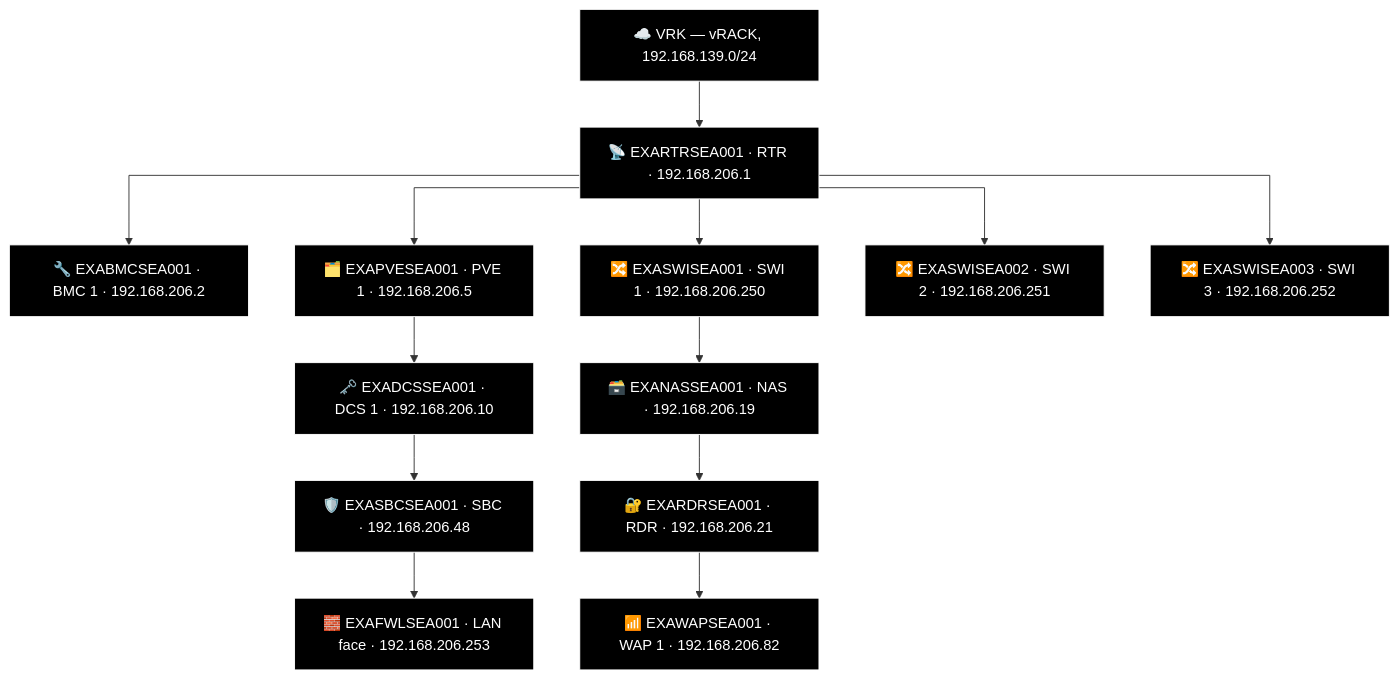
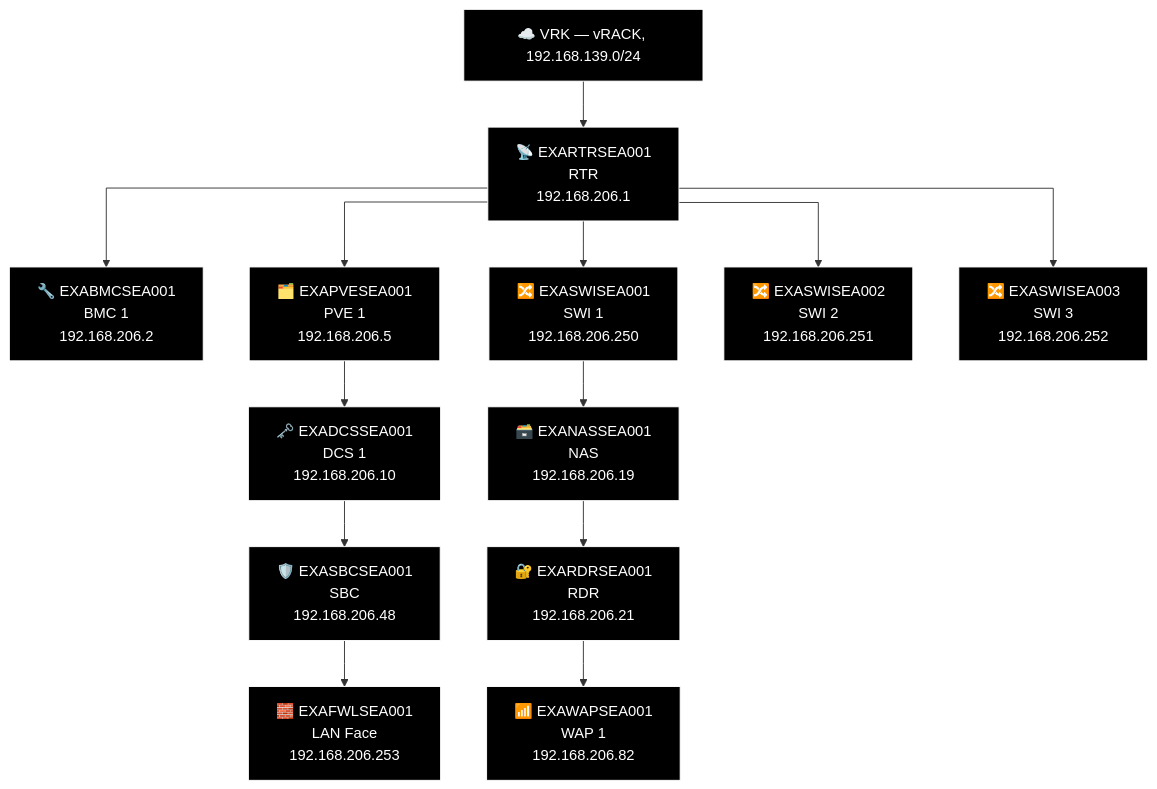
Diagram 14 of 16 in docs/network-diagram/united-states.md (knightmare2600/example_music_infra), drawn with Mermaid before and after one commit. The commit also changed other lines of this file and 18 other files, not shown here.

````diff
--- a/docs/network-diagram/united-states.md
+++ b/docs/network-diagram/united-states.md
@@ -527,40 +527,40 @@
 ```mermaid
 %% GENERATED:TOPOLOGY:SEA:START
 %%{init: {'flowchart': {'curve': 'stepAfter'}}}%%
 graph TD
     T_VRK["☁️ VRK — vRACK, 192.168.139.0/24"]
-    T_RTR["📡 EXARTRSEA001 · RTR · 192.168.206.1"]
+    T_RTR["📡 EXARTRSEA001<br/>RTR<br/>192.168.206.1"]
     T_VRK --> T_RTR
-    T_BMC["🔧 EXABMCSEA001 · BMC 1 · 192.168.206.2"]
+    T_BMC["🔧 EXABMCSEA001<br/>BMC 1<br/>192.168.206.2"]
     T_RTR --> T_BMC
-    T_PVE["🗂️ EXAPVESEA001 · PVE 1 · 192.168.206.5"]
+    T_PVE["🗂️ EXAPVESEA001<br/>PVE 1<br/>192.168.206.5"]
     T_RTR --> T_PVE
-    T_SWI["🔀 EXASWISEA001 · SWI 1 · 192.168.206.250"]
+    T_SWI["🔀 EXASWISEA001<br/>SWI 1<br/>192.168.206.250"]
     T_RTR --> T_SWI
-    T_SWI2["🔀 EXASWISEA002 · SWI 2 · 192.168.206.251"]
+    T_SWI2["🔀 EXASWISEA002<br/>SWI 2<br/>192.168.206.251"]
     T_RTR --> T_SWI2
-    T_SWI3["🔀 EXASWISEA003 · SWI 3 · 192.168.206.252"]
+    T_SWI3["🔀 EXASWISEA003<br/>SWI 3<br/>192.168.206.252"]
     T_RTR --> T_SWI3
-    T_NAS["🗃️ EXANASSEA001 · NAS · 192.168.206.19"]
-    T_RDR["🔐 EXARDRSEA001 · RDR · 192.168.206.21"]
-    T_WAP["📶 EXAWAPSEA001 · WAP 1 · 192.168.206.82"]
+    T_NAS["🗃️ EXANASSEA001<br/>NAS<br/>192.168.206.19"]
+    T_RDR["🔐 EXARDRSEA001<br/>RDR<br/>192.168.206.21"]
+    T_WAP["📶 EXAWAPSEA001<br/>WAP 1<br/>192.168.206.82"]
     T_SWI --> T_NAS --> T_RDR --> T_WAP
-    T_DCS["🗝️ EXADCSSEA001 · DCS 1 · 192.168.206.10"]
-    T_SBC["🛡️ EXASBCSEA001 · SBC · 192.168.206.48"]
-    T_FWL["🧱 EXAFWLSEA001 · LAN face · 192.168.206.253"]
+    T_DCS["🗝️ EXADCSSEA001<br/>DCS 1<br/>192.168.206.10"]
+    T_SBC["🛡️ EXASBCSEA001<br/>SBC<br/>192.168.206.48"]
+    T_FWL["🧱 EXAFWLSEA001<br/>LAN Face<br/>192.168.206.253"]
     T_PVE --> T_DCS --> T_SBC --> T_FWL
     style T_VRK fill:#000000,stroke:#FFFFFF,color:#FFFFFF
     style T_RTR fill:#000000,stroke:#FFFFFF,color:#FFFFFF
     style T_BMC fill:#000000,stroke:#FFFFFF,color:#FFFFFF
     style T_PVE fill:#000000,stroke:#FFFFFF,color:#FFFFFF
     style T_SWI fill:#000000,stroke:#FFFFFF,color:#FFFFFF
     style T_SWI2 fill:#000000,stroke:#FFFFFF,color:#FFFFFF
     style T_SWI3 fill:#000000,stroke:#FFFFFF,color:#FFFFFF
     style T_NAS fill:#000000,stroke:#FFFFFF,color:#FFFFFF
     style T_RDR fill:#000000,stroke:#FFFFFF,color:#FFFFFF
     style T_WAP fill:#000000,stroke:#FFFFFF,color:#FFFFFF
     style T_DCS fill:#000000,stroke:#FFFFFF,color:#FFFFFF
     style T_SBC fill:#000000,stroke:#FFFFFF,color:#FFFFFF
     style T_FWL fill:#000000,stroke:#FFFFFF,color:#FFFFFF
 %% GENERATED:TOPOLOGY:SEA:END
 ```
````
